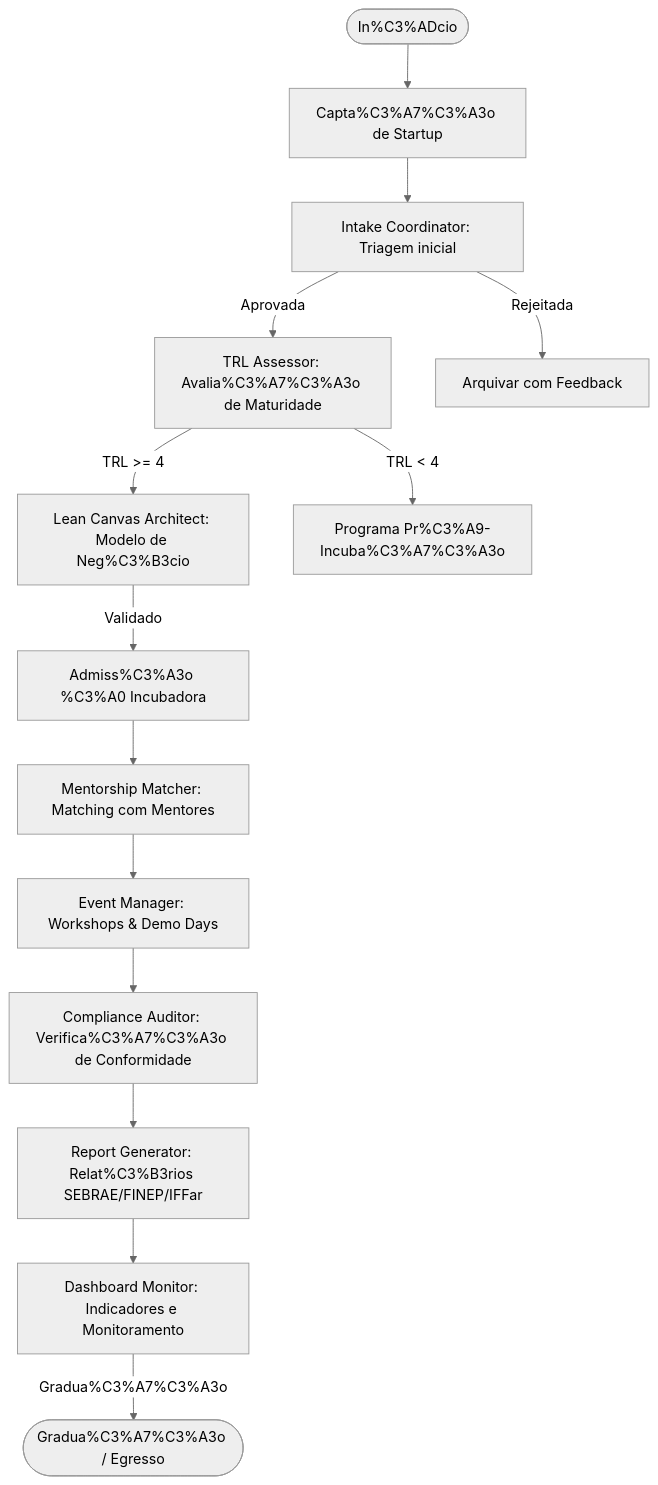
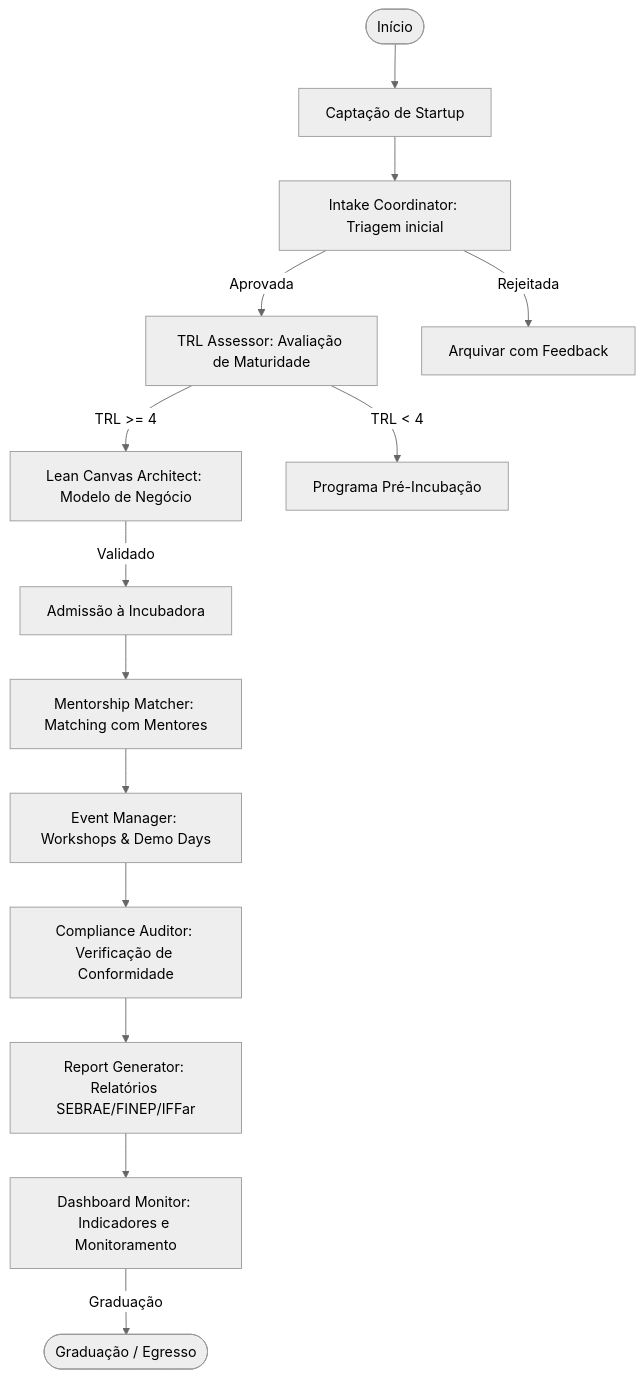
One commit to marciobisognin/Squads-Genius changed the second of 2 diagrams in squads/integra-incubadora-ops-squad/README.md. Above: the diagram before and after it, drawn with Mermaid (neutral theme). The commit also changed other lines of this file and 5 other files, not shown here.

````diff
--- a/squads/integra-incubadora-ops-squad/README.md
+++ b/squads/integra-incubadora-ops-squad/README.md
@@ -64,16 +64,16 @@
 ```mermaid
 flowchart TD
-    Start([In%C3%ADcio]) --> Captura[Capta%C3%A7%C3%A3o de Startup]
+    Start([Início]) --> Captura[Captação de Startup]
     Captura --> Intake[Intake Coordinator: Triagem inicial]
-    Intake -->|Aprovada| TRL[TRL Assessor: Avalia%C3%A7%C3%A3o de Maturidade]
+    Intake -->|Aprovada| TRL[TRL Assessor: Avaliação de Maturidade]
     Intake -->|Rejeitada| Arquivo[Arquivar com Feedback]
-    TRL -->|TRL >= 4| Canvas[Lean Canvas Architect: Modelo de Neg%C3%B3cio]
-    TRL -->|TRL < 4| PreInc[Programa Pr%C3%A9-Incuba%C3%A7%C3%A3o]
-    Canvas -->|Validado| Admiss%C3%A3o[Admiss%C3%A3o %C3%A0 Incubadora]
-    Admiss%C3%A3o --> Mentoria[Mentorship Matcher: Matching com Mentores]
+    TRL -->|TRL >= 4| Canvas[Lean Canvas Architect: Modelo de Negócio]
+    TRL -->|TRL < 4| PreInc[Programa Pré-Incubação]
+    Canvas -->|Validado| Admissão[Admissão à Incubadora]
+    Admissão --> Mentoria[Mentorship Matcher: Matching com Mentores]
     Mentoria --> Eventos[Event Manager: Workshops & Demo Days]
-    Eventos --> Compliance[Compliance Auditor: Verifica%C3%A7%C3%A3o de Conformidade]
-    Compliance --> Relat%C3%B3rios[Report Generator: Relat%C3%B3rios SEBRAE/FINEP/IFFar]
-    Relat%C3%B3rios --> Dashboard[Dashboard Monitor: Indicadores e Monitoramento]
-    Dashboard -->|Gradua%C3%A7%C3%A3o| End([Gradua%C3%A7%C3%A3o / Egresso])
+    Eventos --> Compliance[Compliance Auditor: Verificação de Conformidade]
+    Compliance --> Relatórios[Report Generator: Relatórios SEBRAE/FINEP/IFFar]
+    Relatórios --> Dashboard[Dashboard Monitor: Indicadores e Monitoramento]
+    Dashboard -->|Graduação| End([Graduação / Egresso])
 ```
````
